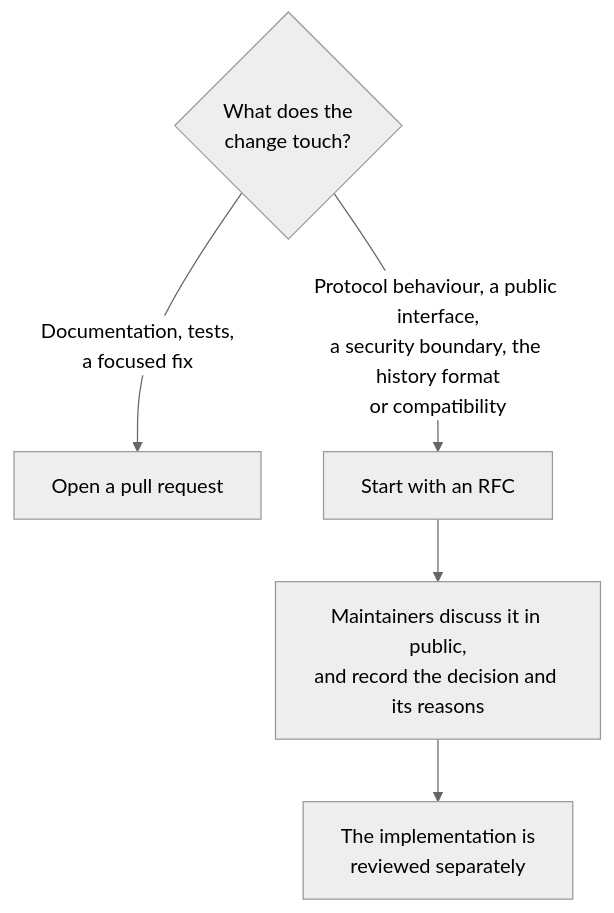
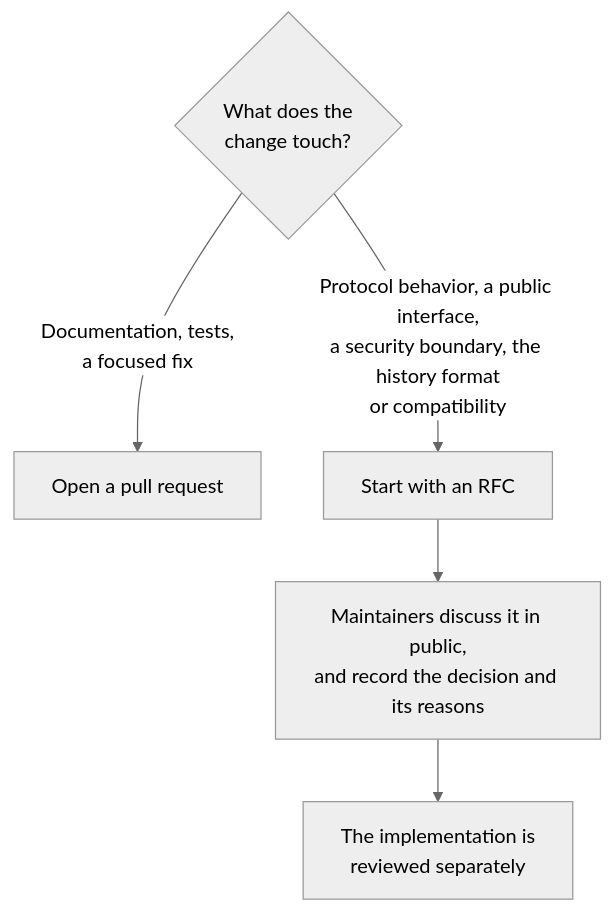
The diagram in CONTRIBUTING.md (zerohourzulu/irontrellis), drawn with Mermaid (neutral theme) before and after one commit. The commit also changed other lines of this file and 20 other files, not shown here.

````diff
--- a/CONTRIBUTING.md
+++ b/CONTRIBUTING.md
@@ -57,8 +57,8 @@
 ```mermaid
 flowchart TD
     Q{"What does the<br/>change touch?"}
     Q -->|"Documentation, tests,<br/>a focused fix"| PR["Open a pull request"]
-    Q -->|"Protocol behaviour, a public interface,<br/>a security boundary, the history format<br/>or compatibility"| RFC["Start with an RFC"]
+    Q -->|"Protocol behavior, a public interface,<br/>a security boundary, the history format<br/>or compatibility"| RFC["Start with an RFC"]
     RFC --> D["Maintainers discuss it in public,<br/>and record the decision and its reasons"]
     D --> I["The implementation is<br/>reviewed separately"]
 ```
````
